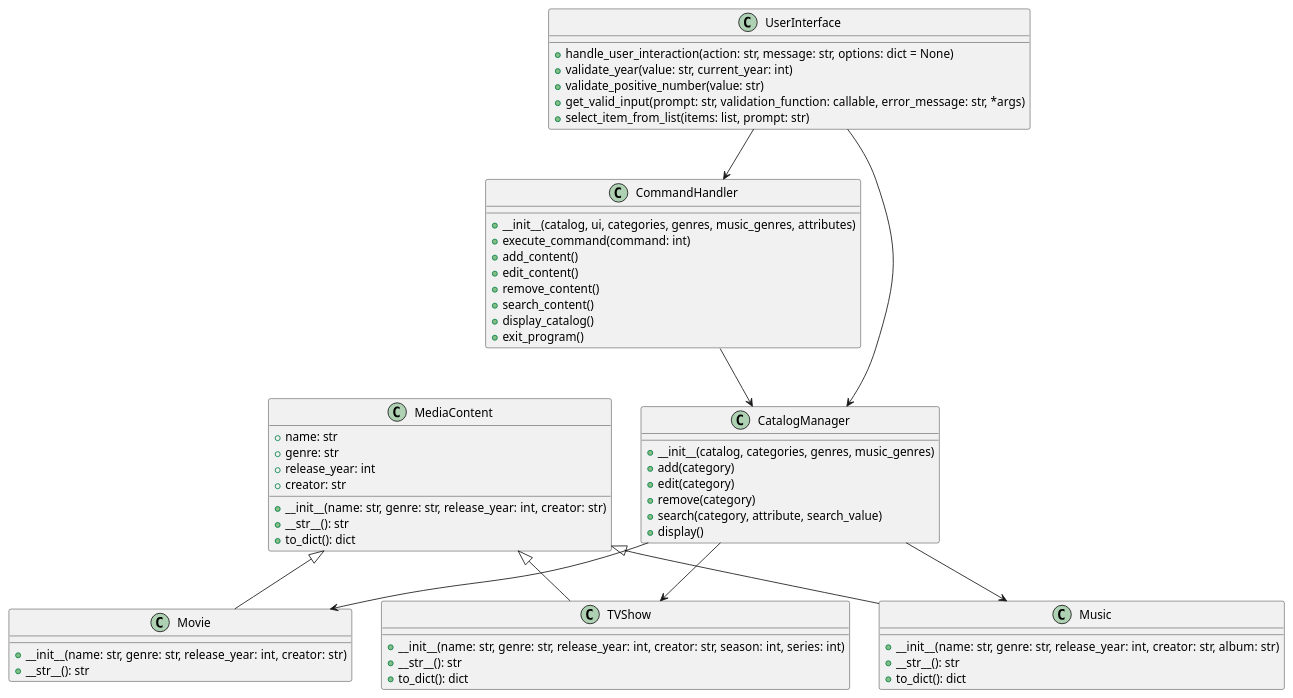
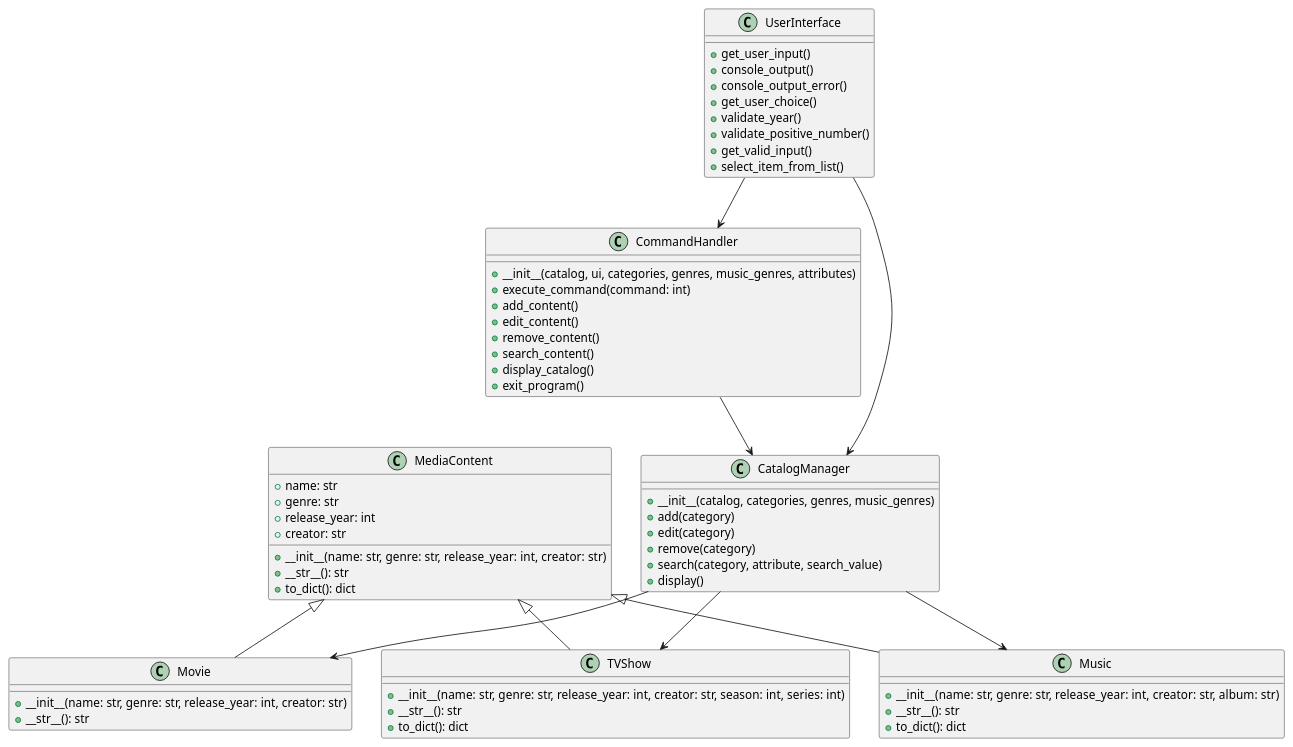
The diagram in UML.puml (ImDanIch/CatalogeComtent), drawn with PlantUML before and after one commit. The commit also changed 7 other files, not shown here.

```diff
--- a/UML.puml
+++ b/UML.puml
@@ -1,71 +1,74 @@
 @startuml
 
 class MediaContent {
     +name: str
     +genre: str
     +release_year: int
     +creator: str
     +__init__(name: str, genre: str, release_year: int, creator: str)
     +__str__(): str
     +to_dict(): dict
 }
 
 class Movie {
     +__init__(name: str, genre: str, release_year: int, creator: str)
     +__str__(): str
 }
 
 class TVShow {
     +__init__(name: str, genre: str, release_year: int, creator: str, season: int, series: int)
     +__str__(): str
     +to_dict(): dict
 }
 
 class Music {
     +__init__(name: str, genre: str, release_year: int, creator: str, album: str)
     +__str__(): str
     +to_dict(): dict
 }
 
 class CommandHandler {
     +__init__(catalog, ui, categories, genres, music_genres, attributes)
     +execute_command(command: int)
     +add_content()
     +edit_content()
     +remove_content()
     +search_content()
     +display_catalog()
     +exit_program()
 }
 
 class CatalogManager {
     +__init__(catalog, categories, genres, music_genres)
     +add(category)
     +edit(category)
     +remove(category)
     +search(category, attribute, search_value)
     +display()
 }
 
 class UserInterface {
-    +handle_user_interaction(action: str, message: str, options: dict = None)
-    +validate_year(value: str, current_year: int)
-    +validate_positive_number(value: str)
-    +get_valid_input(prompt: str, validation_function: callable, error_message: str, *args)
-    +select_item_from_list(items: list, prompt: str)
+    +get_user_input()
+    +console_output()
+    +console_output_error()
+    +get_user_choice()
+    +validate_year()
+    +validate_positive_number()
+    +get_valid_input()
+    +select_item_from_list()
 }
 
 MediaContent <|-- Movie
 MediaContent <|-- TVShow
 MediaContent <|-- Music
 
 CommandHandler --> CatalogManager
 
 UserInterface --> CatalogManager
 UserInterface --> CommandHandler
 
 CatalogManager --> Movie
 CatalogManager --> TVShow
 CatalogManager --> Music
 
 @enduml
```
